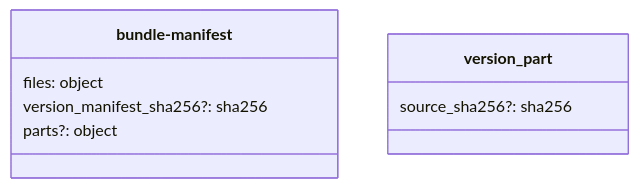
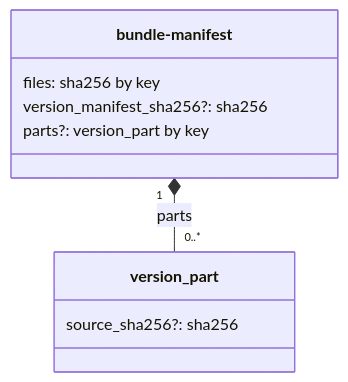
The seventh of 24 diagrams in docs/contract/generated/domain-model.md (benchhand/benchhand-next), drawn with Mermaid before and after one commit. The commit also changed other lines of this file and 3 other files, not shown here.

Commit message:
fix(contracts): keep nullability, typed map values, tuples and nested array bounds in the domain model, write literals as JSON, and count the overview's $refs from the schemas

````diff
--- a/docs/contract/generated/domain-model.md
+++ b/docs/contract/generated/domain-model.md
@@ -730,11 +736,12 @@
 ```mermaid
 classDiagram
     class record_bundle_manifest["bundle-manifest"] {
-        files: object
+        files: sha256 by key
         version_manifest_sha256?: sha256
-        parts?: object
+        parts?: version_part by key
     }
     class record_bundle_manifest__version_part["version_part"] {
         source_sha256?: sha256
     }
+    record_bundle_manifest "1" *-- "0..*" record_bundle_manifest__version_part : parts
 ```
````
